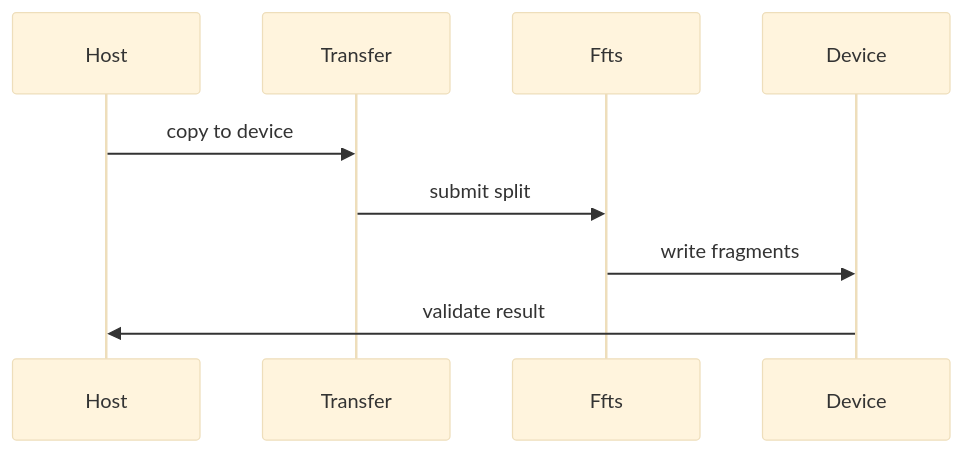
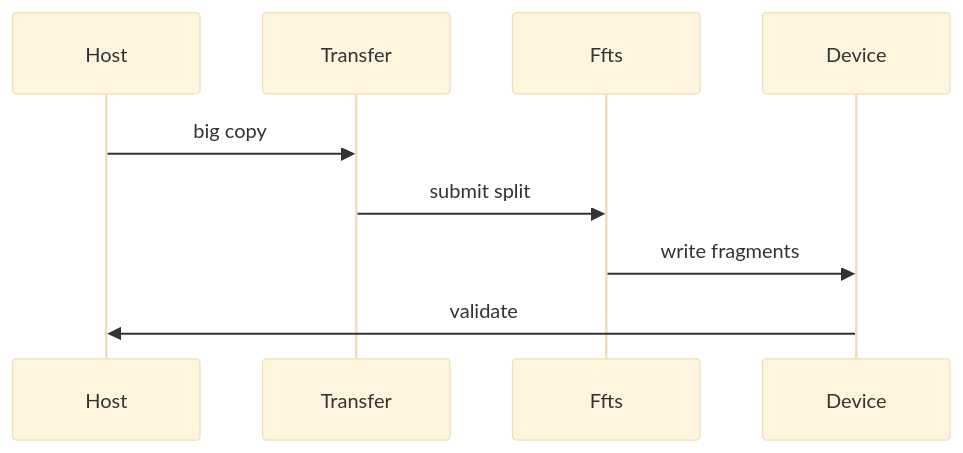
The first of 2 diagrams in module/copy/ascend/ffts_h2d_d2h_pipeline_plan.md (SJTUqizhenlin/dev-sandbox), drawn with Mermaid (base theme) before and after one commit. The commit also changed other lines of this file and 1 other file, not shown here.

Commit message:
Fix FFTS pipeline big IO semantics

````diff
--- a/module/copy/ascend/ffts_h2d_d2h_pipeline_plan.md
+++ b/module/copy/ascend/ffts_h2d_d2h_pipeline_plan.md
@@ -77,11 +118,11 @@
 ```mermaid
 sequenceDiagram
     participant Host
     participant Transfer
     participant Ffts
     participant Device
-    Host->>Transfer: copy to device
+    Host->>Transfer: big copy
     Transfer->>Ffts: submit split
     Ffts->>Device: write fragments
-    Device->>Host: validate result
+    Device->>Host: validate
 ```
````
